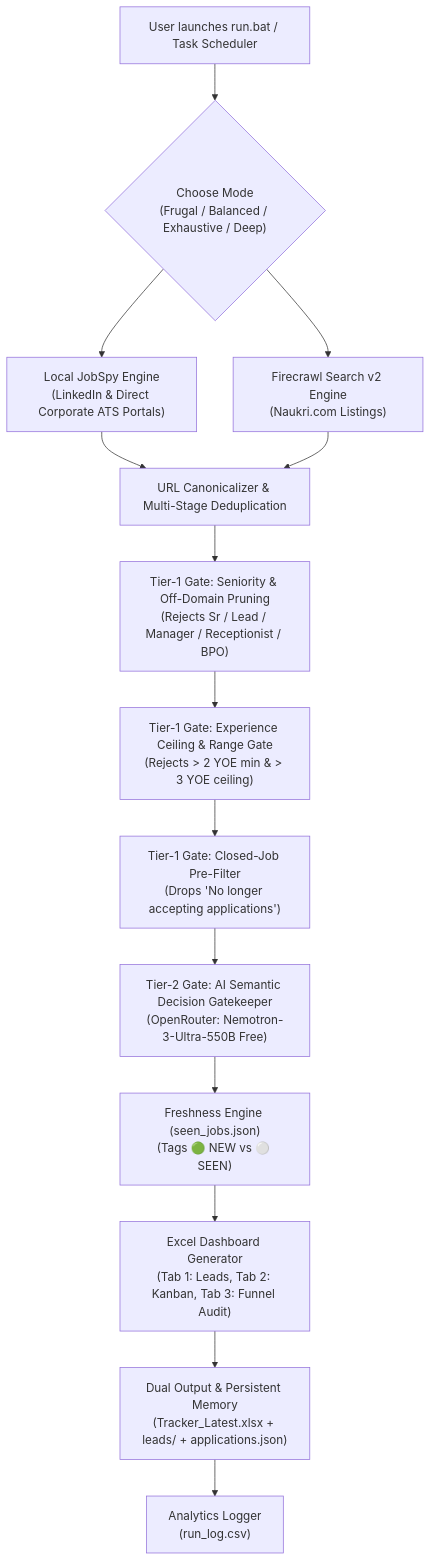
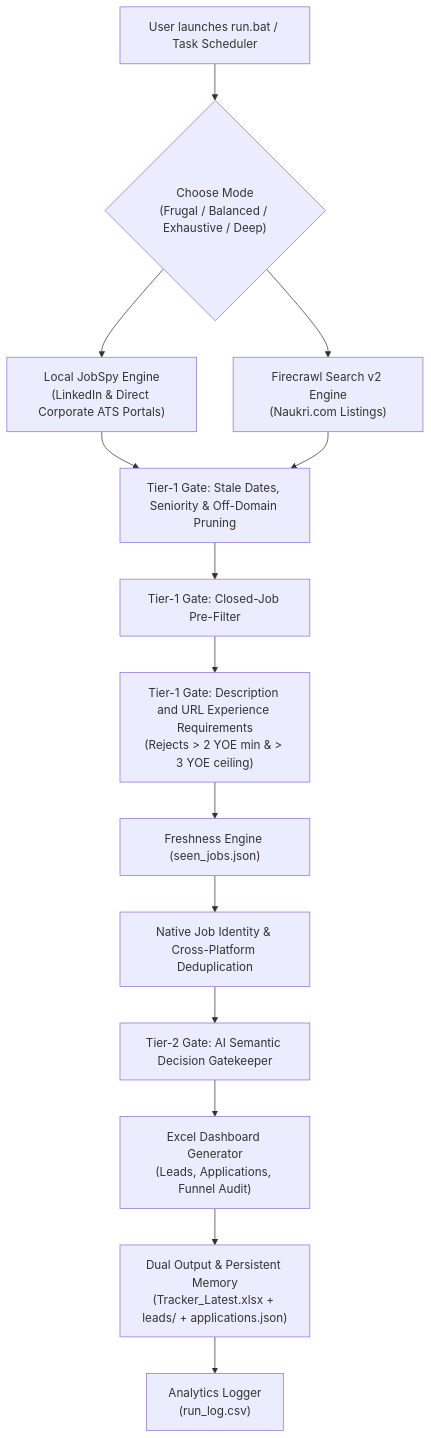
Before and after one commit to harsha71018/Project-Heimdall: the diagram in README.md, drawn with Mermaid. The commit also changed other lines of this file and 11 other files, not shown here.

````diff
--- a/README.md
+++ b/README.md
@@ -69,16 +69,16 @@
 ```mermaid
 flowchart TD
     A["User launches run.bat / Task Scheduler"] --> B{"Choose Mode<br/>(Frugal / Balanced / Exhaustive / Deep)"}
     B --> C["Local JobSpy Engine<br/>(LinkedIn & Direct Corporate ATS Portals)"]
     B --> D["Firecrawl Search v2 Engine<br/>(Naukri.com Listings)"]
-    C --> E["URL Canonicalizer & Multi-Stage Deduplication"]
-    D --> E
-    E --> F["Tier-1 Gate: Seniority & Off-Domain Pruning<br/>(Rejects Sr / Lead / Manager / Receptionist / BPO)"]
-    F --> G["Tier-1 Gate: Experience Ceiling & Range Gate<br/>(Rejects > 2 YOE min & > 3 YOE ceiling)"]
-    G --> H["Tier-1 Gate: Closed-Job Pre-Filter<br/>(Drops 'No longer accepting applications')"]
-    H --> I["Tier-2 Gate: AI Semantic Decision Gatekeeper<br/>(OpenRouter: Nemotron-3-Ultra-550B Free)"]
-    I --> J["Freshness Engine (seen_jobs.json)<br/>(Tags 🟢 NEW vs ⚪ SEEN)"]
-    J --> K["Excel Dashboard Generator<br/>(Tab 1: Leads, Tab 2: Kanban, Tab 3: Funnel Audit)"]
+    C --> F["Tier-1 Gate: Stale Dates, Seniority & Off-Domain Pruning"]
+    D --> F
+    F --> H["Tier-1 Gate: Closed-Job Pre-Filter"]
+    H --> G["Tier-1 Gate: Description and URL Experience Requirements<br/>(Rejects > 2 YOE min & > 3 YOE ceiling)"]
+    G --> J["Freshness Engine (seen_jobs.json)"]
+    J --> E["Native Job Identity & Cross-Platform Deduplication"]
+    E --> I["Tier-2 Gate: AI Semantic Decision Gatekeeper"]
+    I --> K["Excel Dashboard Generator<br/>(Leads, Applications, Funnel Audit)"]
     K --> L["Dual Output & Persistent Memory<br/>(Tracker_Latest.xlsx + leads/ + applications.json)"]
     L --> M["Analytics Logger<br/>(run_log.csv)"]
 ```
````
